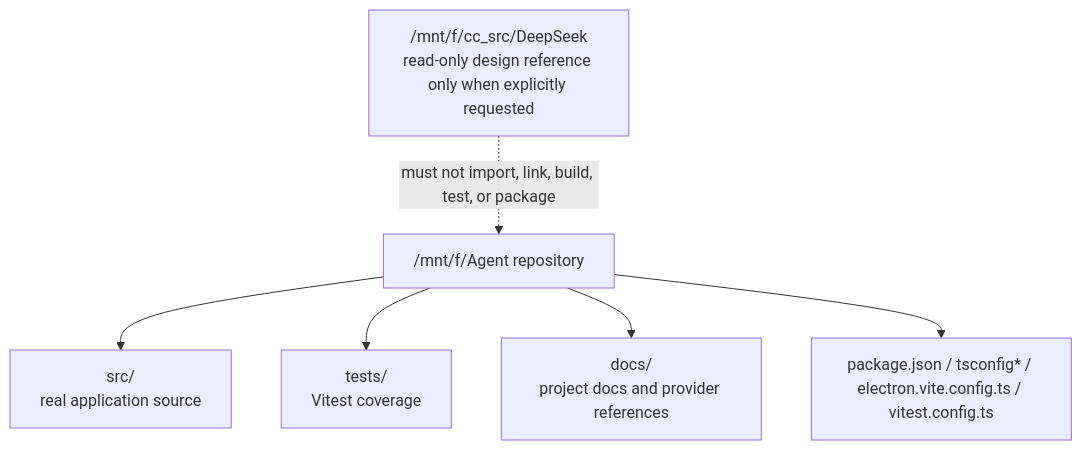
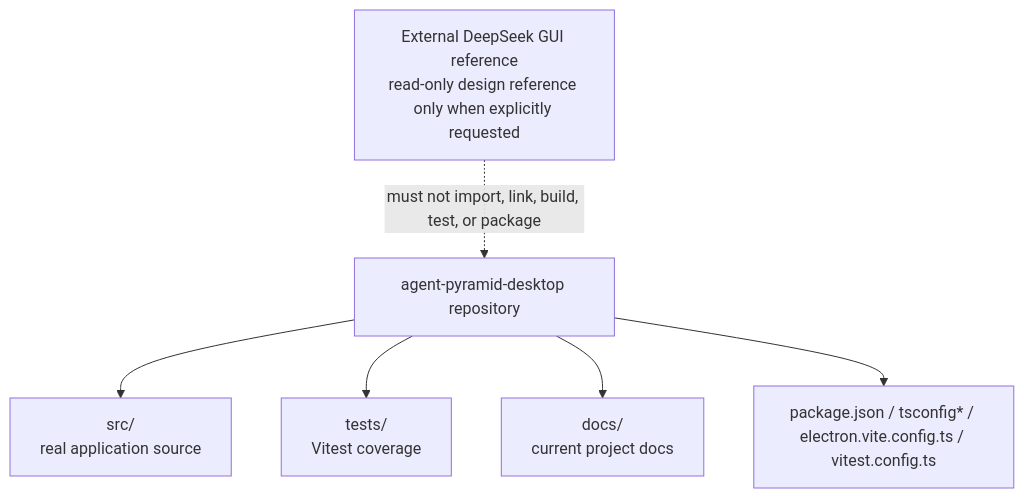
The first of 3 diagrams in docs/project-map.md (dp-sudo/agent-pyramid-desktop), drawn with Mermaid before and after one commit. The commit also changed other lines of this file and 17 other files, not shown here.

````diff
--- a/docs/project-map.md
+++ b/docs/project-map.md
@@ -43,15 +43,15 @@
 ```mermaid
 flowchart TB
-  Repo["/mnt/f/Agent repository"]
+  Repo["agent-pyramid-desktop repository"]
   Src["src/\nreal application source"]
   Tests["tests/\nVitest coverage"]
-  Docs["docs/\nproject docs and provider references"]
+  Docs["docs/\ncurrent project docs"]
   Config["package.json / tsconfig* / electron.vite.config.ts / vitest.config.ts"]
-  External["/mnt/f/cc_src/DeepSeek\nread-only design reference only when explicitly requested"]
+  External["External DeepSeek GUI reference\nread-only design reference only when explicitly requested"]
 
   Repo --> Src
   Repo --> Tests
   Repo --> Docs
   Repo --> Config
   External -. "must not import, link, build, test, or package" .-> Repo
 ```
````
